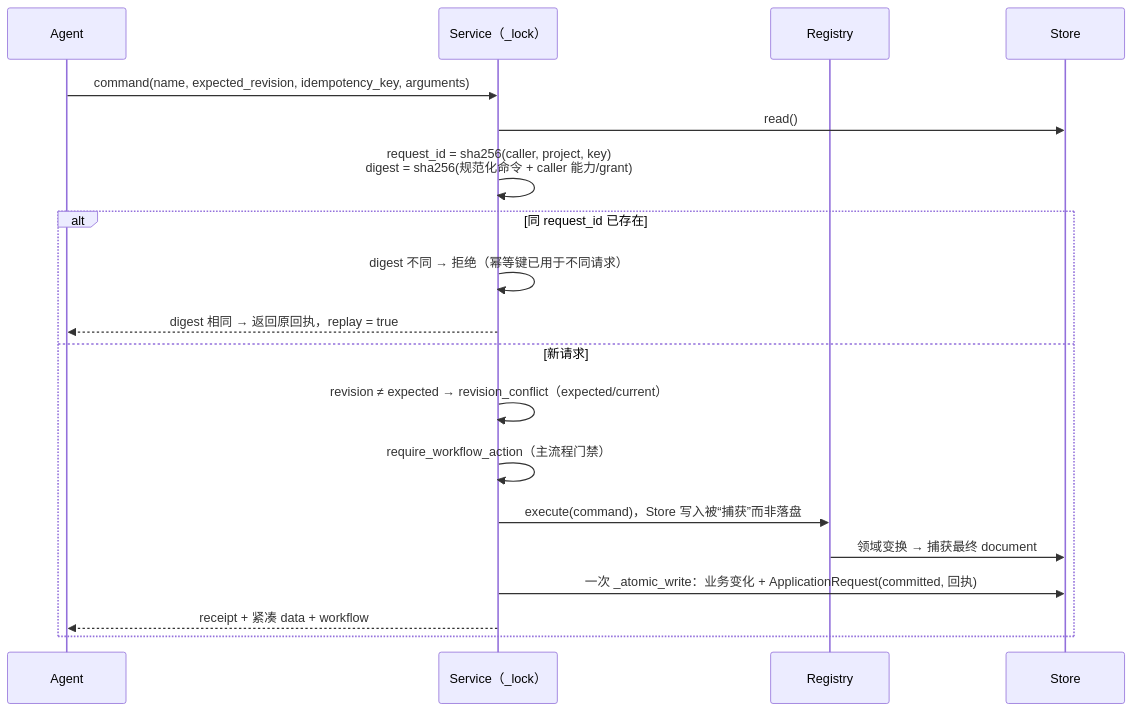
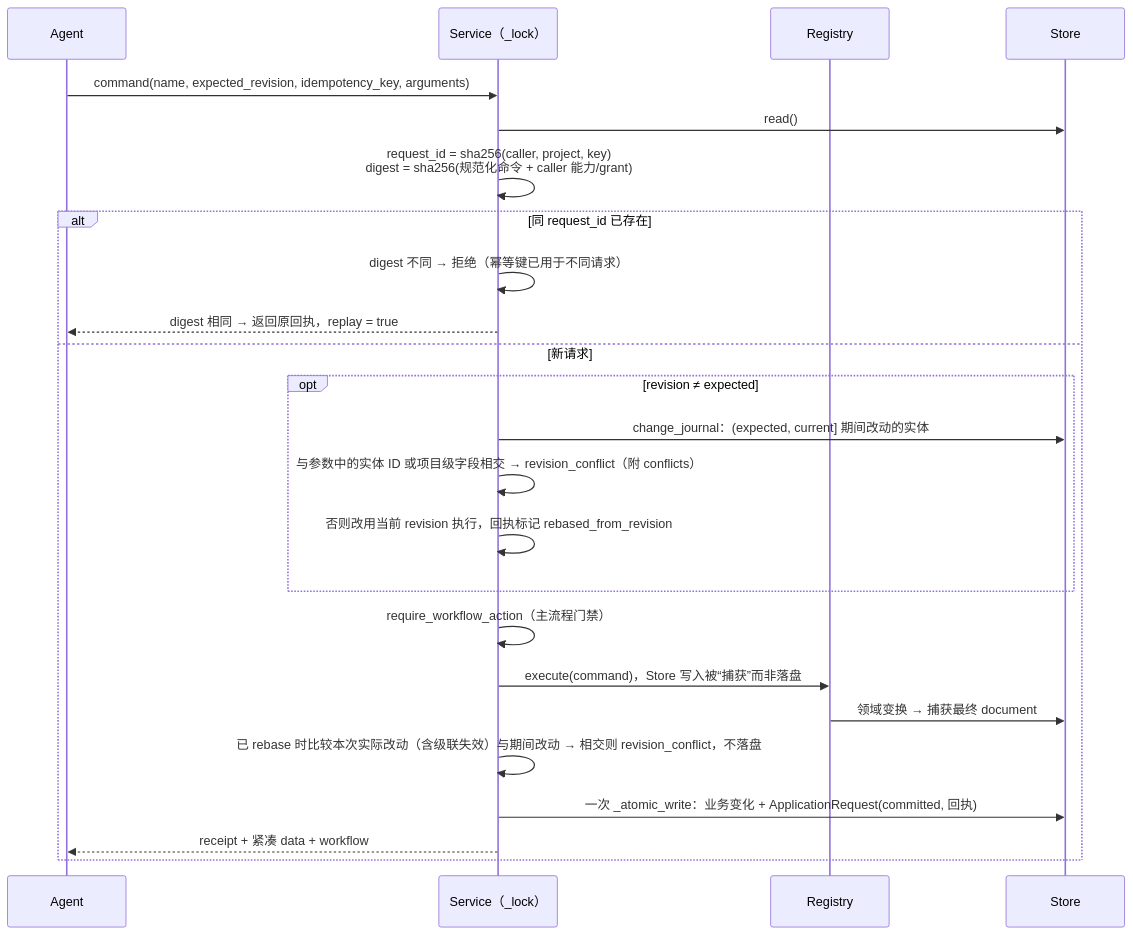
One commit to LJXLJXLJX/StoryRail changed the fourth of 12 diagrams in docs/control-flow.md. Above: the diagram before and after it, drawn with Mermaid. The commit also changed other lines of this file and 26 other files, not shown here.

````diff
--- a/docs/control-flow.md
+++ b/docs/control-flow.md
@@ -101,21 +101,26 @@
 ```mermaid
 sequenceDiagram
     participant A as Agent
     participant S as Service（_lock）
     participant R as Registry
     participant St as Store
     A->>S: command(name, expected_revision, idempotency_key, arguments)
     S->>St: read()
     S->>S: request_id = sha256(caller, project, key)<br/>digest = sha256(规范化命令 + caller 能力/grant)
     alt 同 request_id 已存在
         S->>S: digest 不同 → 拒绝（幂等键已用于不同请求）
         S-->>A: digest 相同 → 返回原回执，replay = true
     else 新请求
-        S->>S: revision ≠ expected → revision_conflict（expected/current）
+        opt revision ≠ expected
+            S->>St: change_journal：(expected, current] 期间改动的实体
+            S->>S: 与参数中的实体 ID 或项目级字段相交 → revision_conflict（附 conflicts）
+            S->>S: 否则改用当前 revision 执行，回执标记 rebased_from_revision
+        end
         S->>S: require_workflow_action（主流程门禁）
         S->>R: execute(command)，Store 写入被“捕获”而非落盘
         R->>St: 领域变换 → 捕获最终 document
+        S->>S: 已 rebase 时比较本次实际改动（含级联失效）与期间改动 → 相交则 revision_conflict，不落盘
         S->>St: 一次 _atomic_write：业务变化 + ApplicationRequest(committed, 回执)
         S-->>A: receipt + 紧凑 data + workflow
     end
 ```
````
